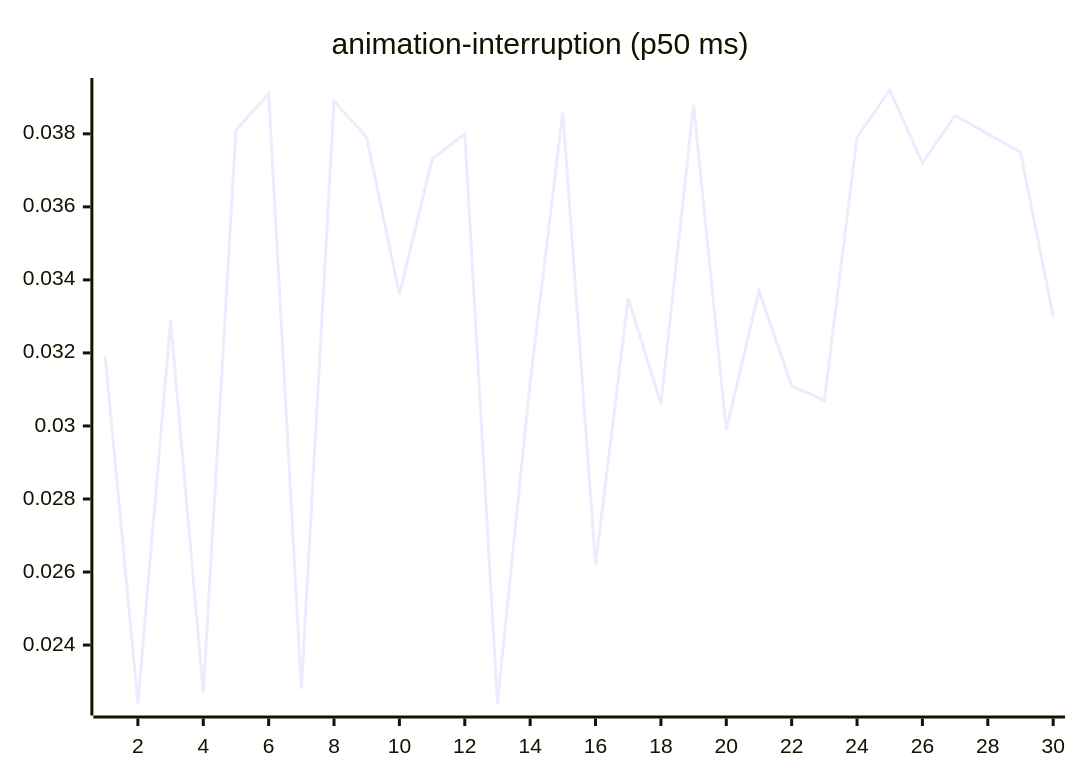
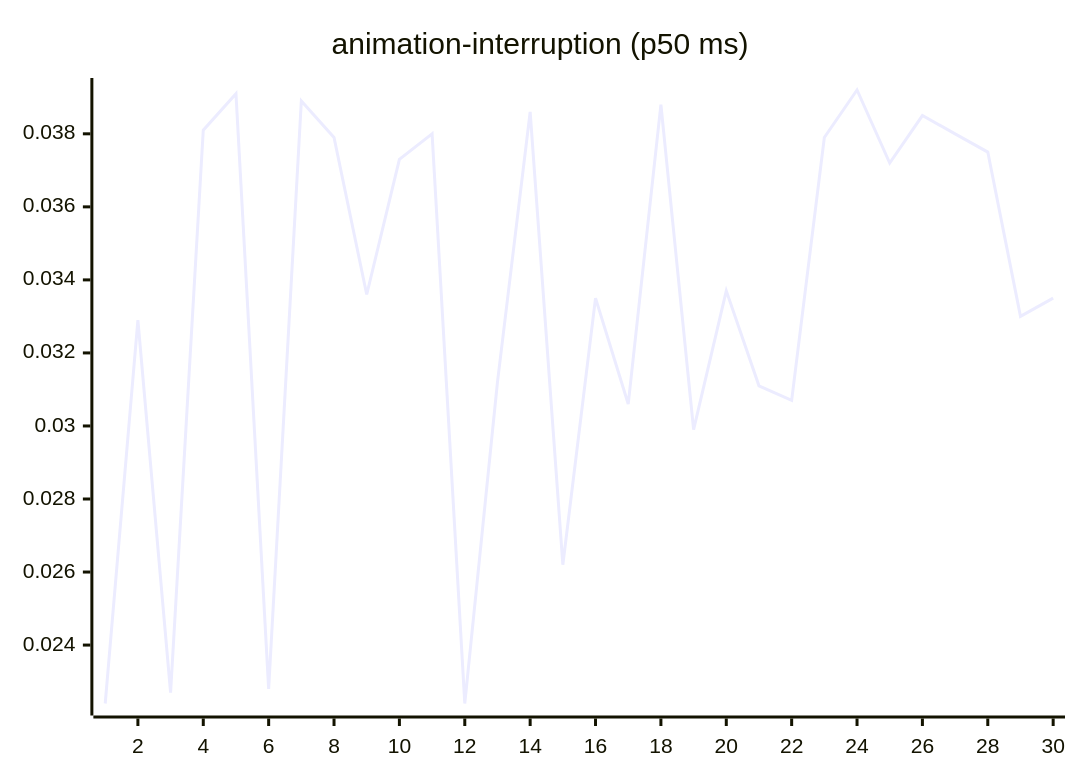
Before and after one commit to josha/Facet: the third of 27 diagrams in README.md, drawn with Mermaid. The commit also changed other lines of this file and 2 other files, not shown here.

````diff
--- a/README.md
+++ b/README.md
@@ -77,6 +77,6 @@
 ```mermaid
 xychart-beta
     title "animation-interruption (p50 ms)"
     x-axis 1 --> 30
-    line [0.0319, 0.0224, 0.0329, 0.0227, 0.0381, 0.0391, 0.0228, 0.0389, 0.0379, 0.0336, 0.0373, 0.0380, 0.0224, 0.0312, 0.0386, 0.0262, 0.0335, 0.0306, 0.0388, 0.0299, 0.0337, 0.0311, 0.0307, 0.0379, 0.0392, 0.0372, 0.0385, 0.0380, 0.0375, 0.0330]
+    line [0.0224, 0.0329, 0.0227, 0.0381, 0.0391, 0.0228, 0.0389, 0.0379, 0.0336, 0.0373, 0.0380, 0.0224, 0.0312, 0.0386, 0.0262, 0.0335, 0.0306, 0.0388, 0.0299, 0.0337, 0.0311, 0.0307, 0.0379, 0.0392, 0.0372, 0.0385, 0.0380, 0.0375, 0.0330, 0.0335]
 ```
````
